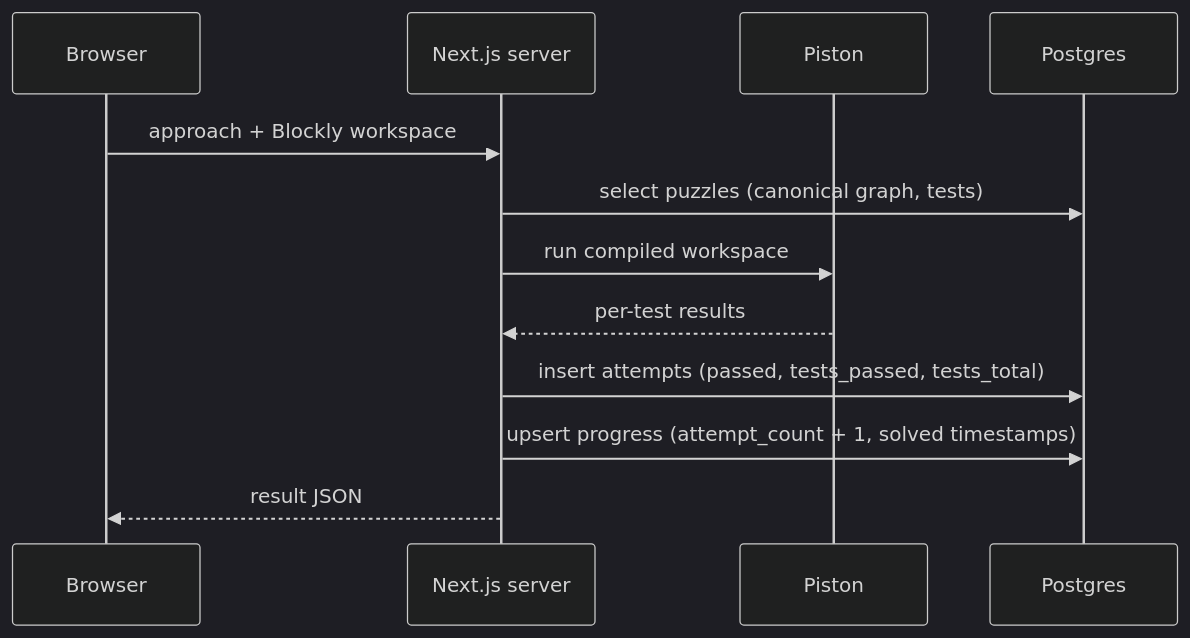
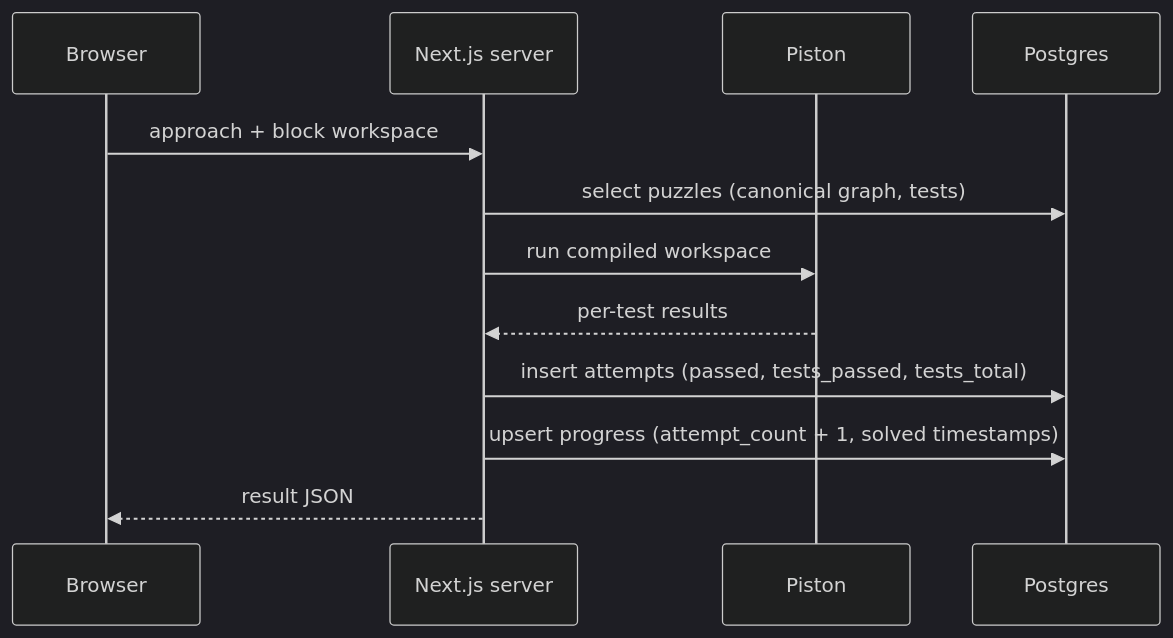
Before and after one commit to Zaku-Seven/LeetBloc: the fourth of 4 diagrams in DATABASE.md, drawn with Mermaid (dark theme). The commit also changed other lines of this file and 12 other files, not shown here.

````diff
--- a/DATABASE.md
+++ b/DATABASE.md
@@ -156,14 +156,14 @@
 ```mermaid
 sequenceDiagram
   participant B as Browser
   participant S as Next.js server
   participant P as Piston
   participant DB as Postgres
-  B->>S: approach + Blockly workspace
+  B->>S: approach + block workspace
   S->>DB: select puzzles (canonical graph, tests)
   S->>P: run compiled workspace
   P-->>S: per-test results
   S->>DB: insert attempts (passed, tests_passed, tests_total)
   S->>DB: upsert progress (attempt_count + 1, solved timestamps)
   S-->>B: result JSON
 ```
````
